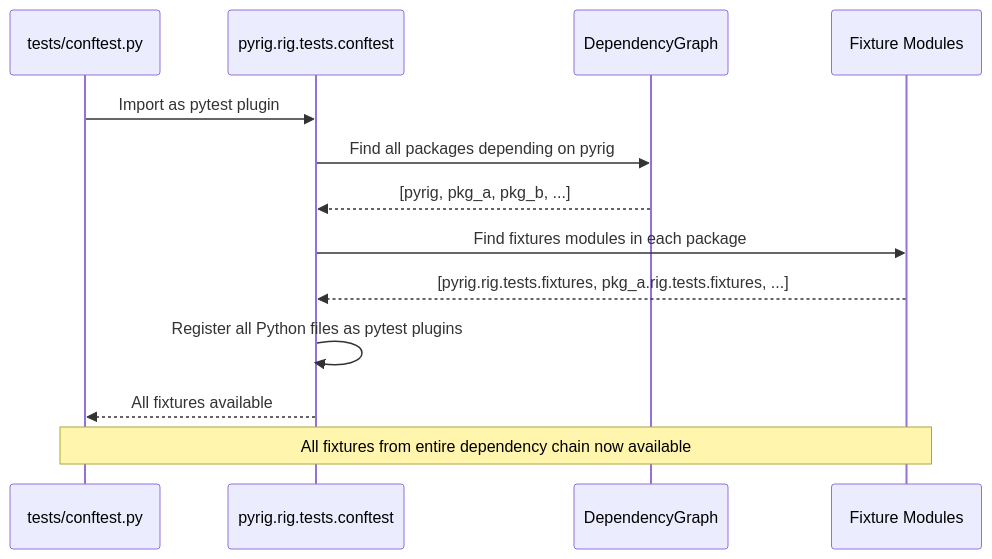
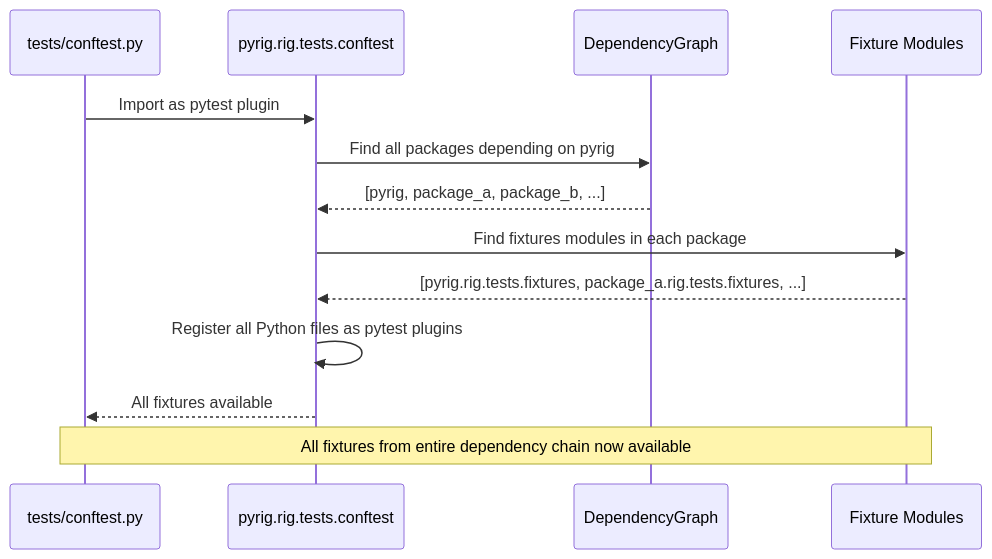
One commit to Winipedia/pyrig changed the second of 3 diagrams in docs/tests/fixtures.md. Above: the diagram before and after it, drawn with Mermaid. The commit also changed 46 other files, not shown here.

Commit message:
pkg to contanat package usage of naming convetion

````diff
--- a/docs/tests/fixtures.md
+++ b/docs/tests/fixtures.md
@@ -34,17 +34,17 @@
 ```mermaid
 sequenceDiagram
     participant T as tests/conftest.py
     participant P as pyrig.rig.tests.conftest
     participant D as DependencyGraph
     participant F as Fixture Modules
 
     T->>P: Import as pytest plugin
     P->>D: Find all packages depending on pyrig
-    D-->>P: [pyrig, pkg_a, pkg_b, ...]
+    D-->>P: [pyrig, package_a, package_b, ...]
     P->>F: Find fixtures modules in each package
-    F-->>P: [pyrig.rig.tests.fixtures, pkg_a.rig.tests.fixtures, ...]
+    F-->>P: [pyrig.rig.tests.fixtures, package_a.rig.tests.fixtures, ...]
     P->>P: Register all Python files as pytest plugins
     P-->>T: All fixtures available
 
     Note over T,F: All fixtures from entire dependency chain now available
 ```
````
